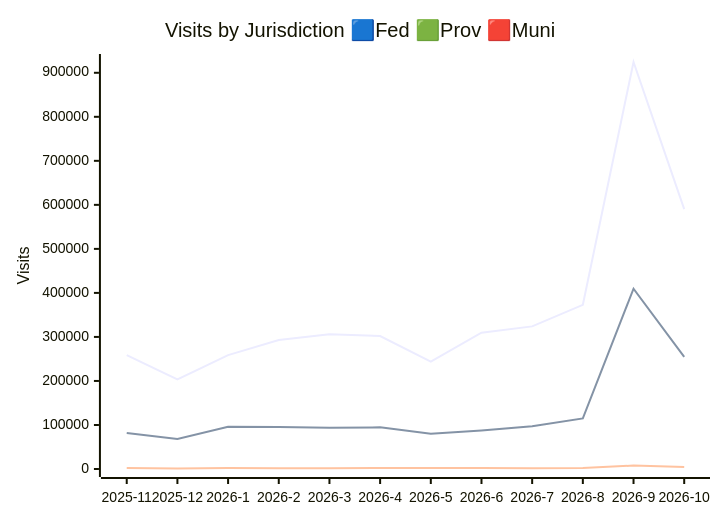
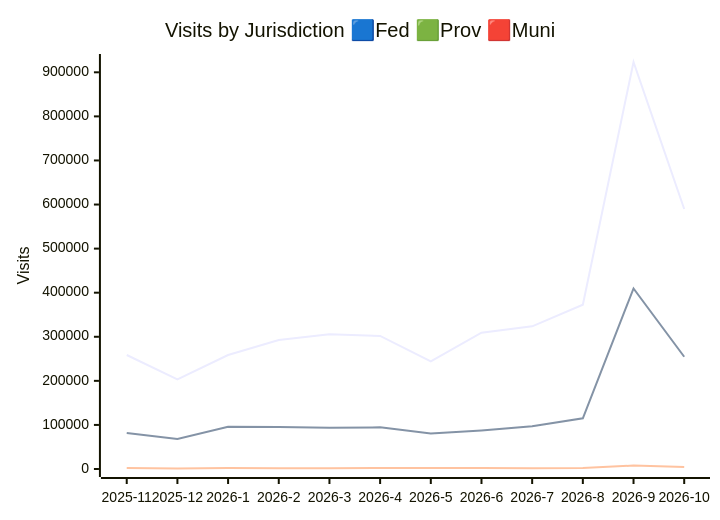
Before and after one commit to open-data/analytics-corporate-reporting: the second of 3 diagrams in JURISDICTION_ANALYTICS_REPORT/readme.md, drawn with Mermaid. The commit also changed other lines of this file and 2 other files, not shown here.

````diff
--- a/JURISDICTION_ANALYTICS_REPORT/readme.md
+++ b/JURISDICTION_ANALYTICS_REPORT/readme.md
@@ -26,10 +26,10 @@
 ```mermaid
 
 xychart-beta
     title "Visits by Jurisdiction 🟦Fed 🟩Prov 🟥Muni"
     x-axis [2025-11, 2025-12, 2026-1, 2026-2, 2026-3, 2026-4, 2026-5, 2026-6, 2026-7, 2026-8, 2026-9, 2026-10]
-    y-axis "Visits" 0 --> 924490
-    line [258790, 203364, 258742, 292893, 306023, 302081, 244076, 309680, 323931, 372921, 924480, 590224]
+    y-axis "Visits" 0 --> 923386
+    line [258672, 203264, 258653, 292649, 305912, 301928, 243937, 309351, 323696, 372635, 923376, 589822]
     line [81845, 68266, 95932, 95349, 93503, 94555, 80340, 87536, 97023, 115014, 409603, 254619]
     line [2282, 1200, 2113, 1718, 1475, 2389, 2241, 2036, 1954, 2432, 7862, 4611]
 ```
````
